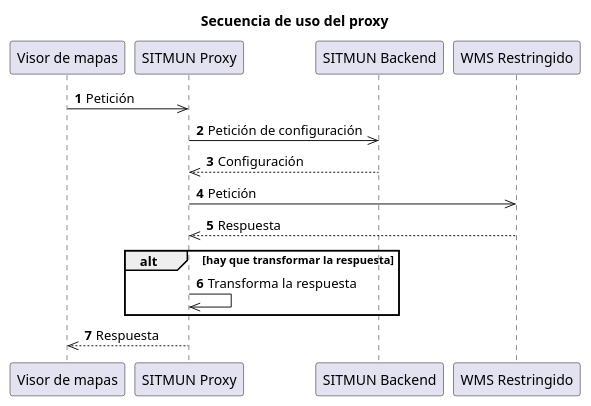
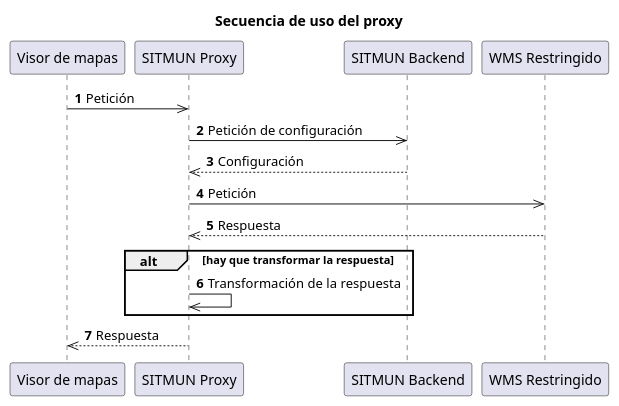
Before and after one commit to sitmun/sitmun.github.io: the second of 2 diagrams in docs/que-es-sitmun/plataforma/arquitectura/diseno.md, drawn with PlantUML. The commit also changed other lines of this file and 43 other files, not shown here.

````diff
--- a/docs/que-es-sitmun/plataforma/arquitectura/diseno.md
+++ b/docs/que-es-sitmun/plataforma/arquitectura/diseno.md
@@ -129,22 +129,22 @@
 ```plantuml alt="Diagrama de secuencia: el visor hace una petición al proxy; el proxy pide la configuración al backend, hace la petición al WMS restringido, transforma la respuesta si hace falta y la devuelve al visor."
 @startuml
 title
     Secuencia de uso del proxy
 end title
 autonumber
 participant "Visor de mapas" as Client
 participant "SITMUN Proxy" as Proxy
 participant "SITMUN Backend" as Backend
 participant "WMS Restringido" as Remoto
 
 Client->>Proxy: Petición
 Proxy->>Backend: Petición de configuración
 Backend-->>Proxy: Configuración
 Proxy->>Remoto: Petición
 Remoto-->>Proxy: Respuesta
 alt hay que transformar la respuesta
-    Proxy->>Proxy: Transforma la respuesta
+    Proxy->>Proxy: Transformación de la respuesta
 end
 Proxy-->>Client: Respuesta
 @enduml
 ```
````
